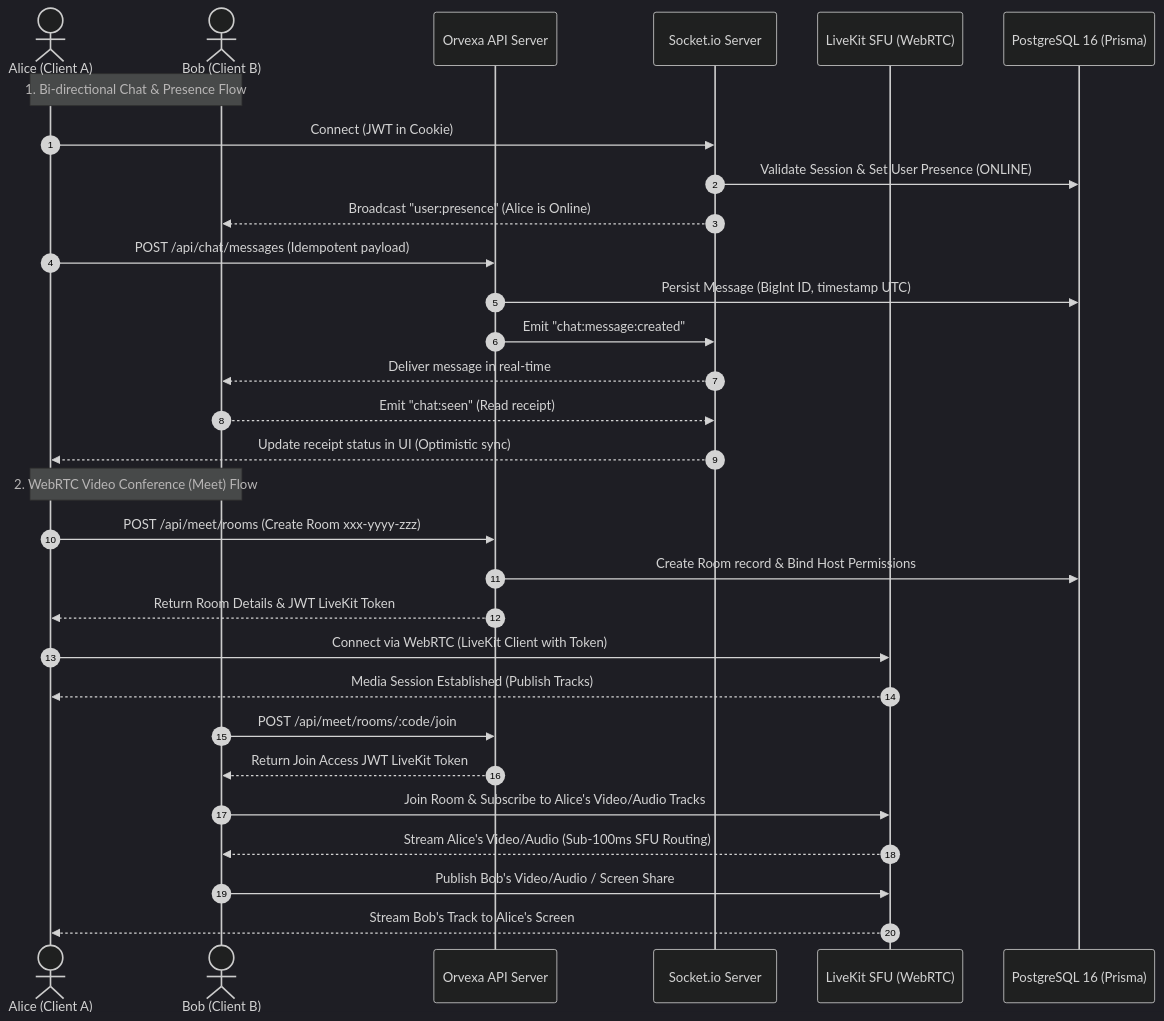
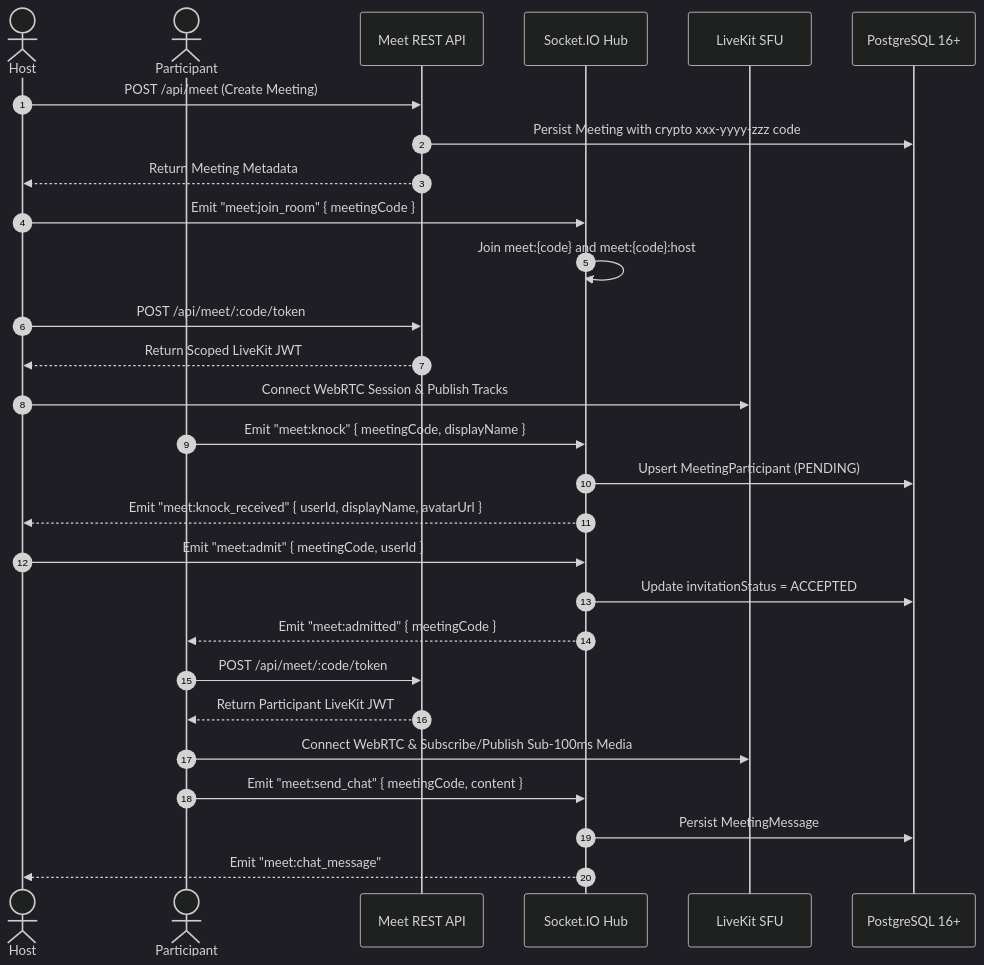
Before and after one commit to VishnuThangaraj/Orvexa: the third of 5 diagrams in README.md, drawn with Mermaid (dark theme). The commit also changed other lines of this file, not shown here.

````diff
--- a/README.md
+++ b/README.md
@@ -249,34 +296,37 @@
 ```mermaid
 sequenceDiagram
     autonumber
-    actor Alice as Alice (Client A)
-    actor Bob as Bob (Client B)
-    participant API as Orvexa API Server
-    participant Socket as Socket.io Server
-    participant SFU as LiveKit SFU (WebRTC)
-    participant DB as PostgreSQL 16 (Prisma)
+    actor Host as Host
+    actor Guest as Participant
+    participant API as Meet REST API
+    participant Socket as Socket.IO Hub
+    participant SFU as LiveKit SFU
+    participant DB as PostgreSQL 16+
 
-    Note over Alice, Bob: 1. Bi-directional Chat & Presence Flow
-    Alice->>Socket: Connect (JWT in Cookie)
-    Socket->>DB: Validate Session & Set User Presence (ONLINE)
-    Socket-->>Bob: Broadcast "user:presence" (Alice is Online)
-    Alice->>API: POST /api/chat/messages (Idempotent payload)
-    API->>DB: Persist Message (BigInt ID, timestamp UTC)
-    API->>Socket: Emit "chat:message:created"
-    Socket-->>Bob: Deliver message in real-time
-    Bob-->>Socket: Emit "chat:seen" (Read receipt)
-    Socket-->>Alice: Update receipt status in UI (Optimistic sync)
+    Host->>API: POST /api/meet (Create Meeting)
+    API->>DB: Persist Meeting with crypto xxx-yyyy-zzz code
+    API-->>Host: Return Meeting Metadata
 
-    Note over Alice, Bob: 2. WebRTC Video Conference (Meet) Flow
-    Alice->>API: POST /api/meet/rooms (Create Room xxx-yyyy-zzz)
-    API->>DB: Create Room record & Bind Host Permissions
-    API-->>Alice: Return Room Details & JWT LiveKit Token
-    Alice->>SFU: Connect via WebRTC (LiveKit Client with Token)
-    SFU-->>Alice: Media Session Established (Publish Tracks)
-    Bob->>API: POST /api/meet/rooms/:code/join
-    API-->>Bob: Return Join Access JWT LiveKit Token
-    Bob->>SFU: Join Room & Subscribe to Alice's Video/Audio Tracks
-    SFU-->>Bob: Stream Alice's Video/Audio (Sub-100ms SFU Routing)
-    Bob->>SFU: Publish Bob's Video/Audio / Screen Share
-    SFU-->>Alice: Stream Bob's Track to Alice's Screen
+    Host->>Socket: Emit "meet:join_room" { meetingCode }
+    Socket->>Socket: Join meet:{code} and meet:{code}:host
+
+    Host->>API: POST /api/meet/:code/token
+    API-->>Host: Return Scoped LiveKit JWT
+    Host->>SFU: Connect WebRTC Session & Publish Tracks
+
+    Guest->>Socket: Emit "meet:knock" { meetingCode, displayName }
+    Socket->>DB: Upsert MeetingParticipant (PENDING)
+    Socket-->>Host: Emit "meet:knock_received" { userId, displayName, avatarUrl }
+
+    Host->>Socket: Emit "meet:admit" { meetingCode, userId }
+    Socket->>DB: Update invitationStatus = ACCEPTED
+    Socket-->>Guest: Emit "meet:admitted" { meetingCode }
+
+    Guest->>API: POST /api/meet/:code/token
+    API-->>Guest: Return Participant LiveKit JWT
+    Guest->>SFU: Connect WebRTC & Subscribe/Publish Sub-100ms Media
+
+    Guest->>Socket: Emit "meet:send_chat" { meetingCode, content }
+    Socket->>DB: Persist MeetingMessage
+    Socket-->>Host: Emit "meet:chat_message"
 ```
````
